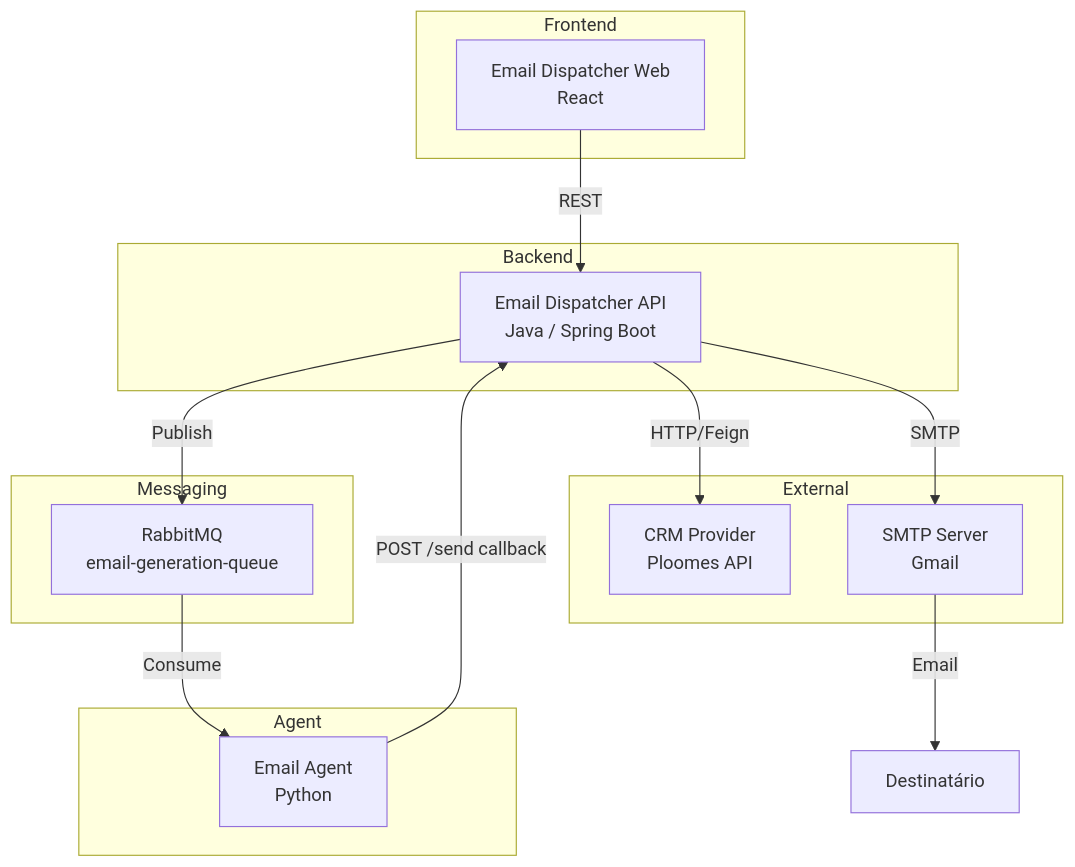
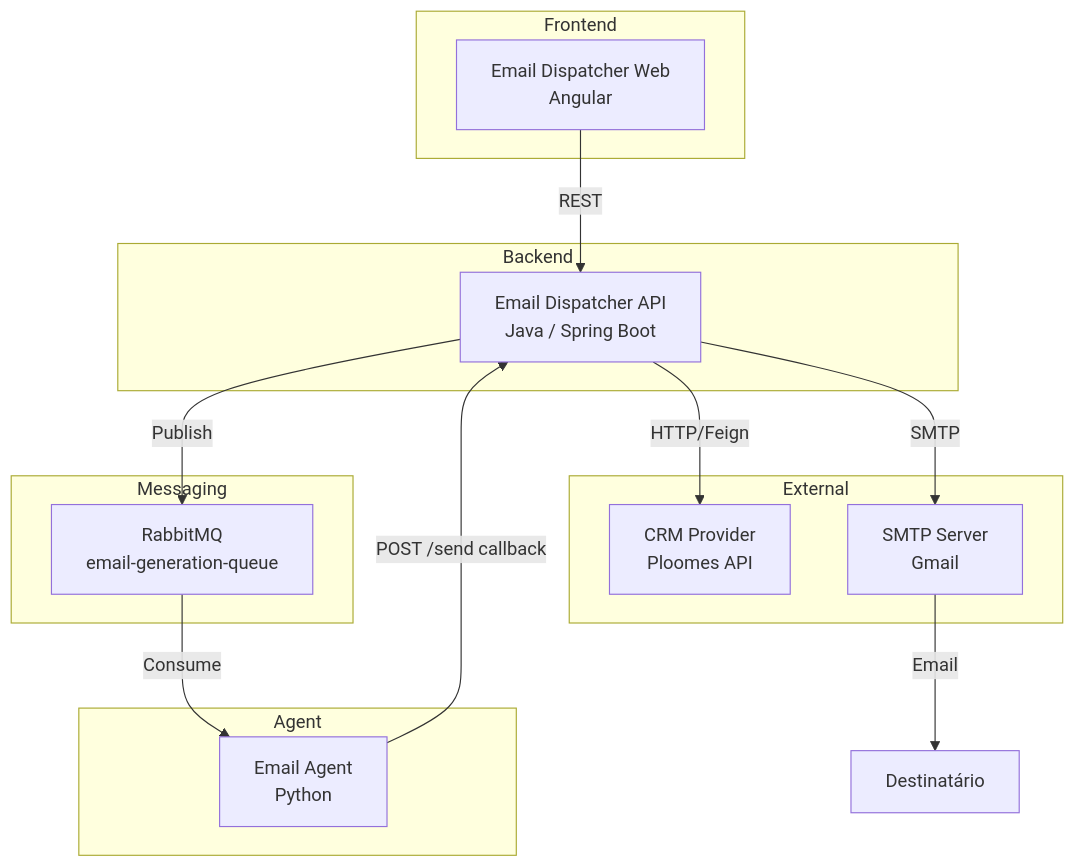
The first of 3 diagrams in README.md (guiSoaresCavalcante/email-dispatcher), drawn with Mermaid before and after one commit. The commit also changed other lines of this file and 22 other files, not shown here.

````diff
--- a/README.md
+++ b/README.md
@@ -44,31 +44,31 @@
 ```mermaid
 graph TB
     subgraph Frontend
-        WEB[Email Dispatcher Web<br/>React]
+        WEB[Email Dispatcher Web<br/>Angular]
     end
 
     subgraph Backend
         API[Email Dispatcher API<br/>Java / Spring Boot]
     end
 
     subgraph Messaging
         RMQ[RabbitMQ<br/>email-generation-queue]
     end
 
     subgraph Agent
         AG[Email Agent<br/>Python]
     end
 
     subgraph External
         CRM[CRM Provider<br/>Ploomes API]
         SMTP[SMTP Server<br/>Gmail]
     end
 
     WEB -->|REST| API
     API -->|HTTP/Feign| CRM
     API -->|Publish| RMQ
     RMQ -->|Consume| AG
     AG -->|POST /send callback| API
     API -->|SMTP| SMTP
     SMTP -->|Email| DEST[Destinatário]
 ```
````
